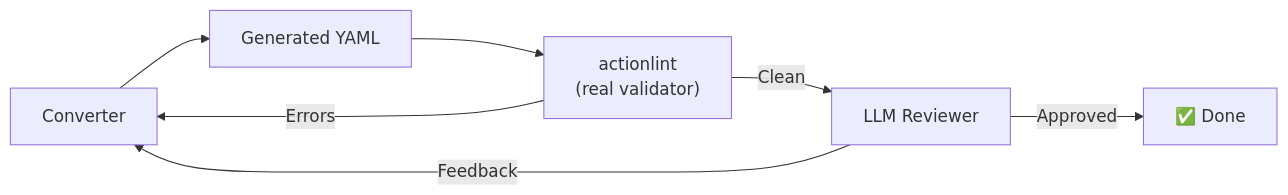
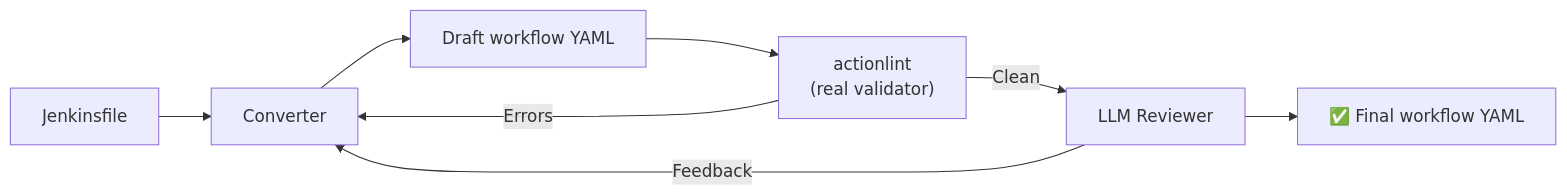
Before and after one commit to romanmash/agentic-converter-py: the seventh of 10 diagrams in docs/PITCH.md, drawn with Mermaid. The commit also changed other lines of this file and 1 other file, not shown here.

Commit message:
docs(pitch): refine architecture narrative and extension roadmap

````diff
--- a/docs/PITCH.md
+++ b/docs/PITCH.md
@@ -323,9 +304,10 @@
 ```mermaid
 flowchart LR
-    Conv["Converter"] --> YAML["Generated YAML"]
-    YAML --> Lint["actionlint<br>(real validator)"]
+    JF["Jenkinsfile"] --> Conv
+    Conv["Converter"] --> DRAFT["Draft workflow YAML"]
+    DRAFT --> Lint["actionlint<br>(real validator)"]
     Lint -->|Errors| Conv
     Lint -->|Clean| Rev["LLM Reviewer"]
-    Rev -->|Approved| Done["✅ Done"]
+    Rev -->FINAL["✅ Final workflow YAML"]
     Rev -->|Feedback| Conv
 ```
````
